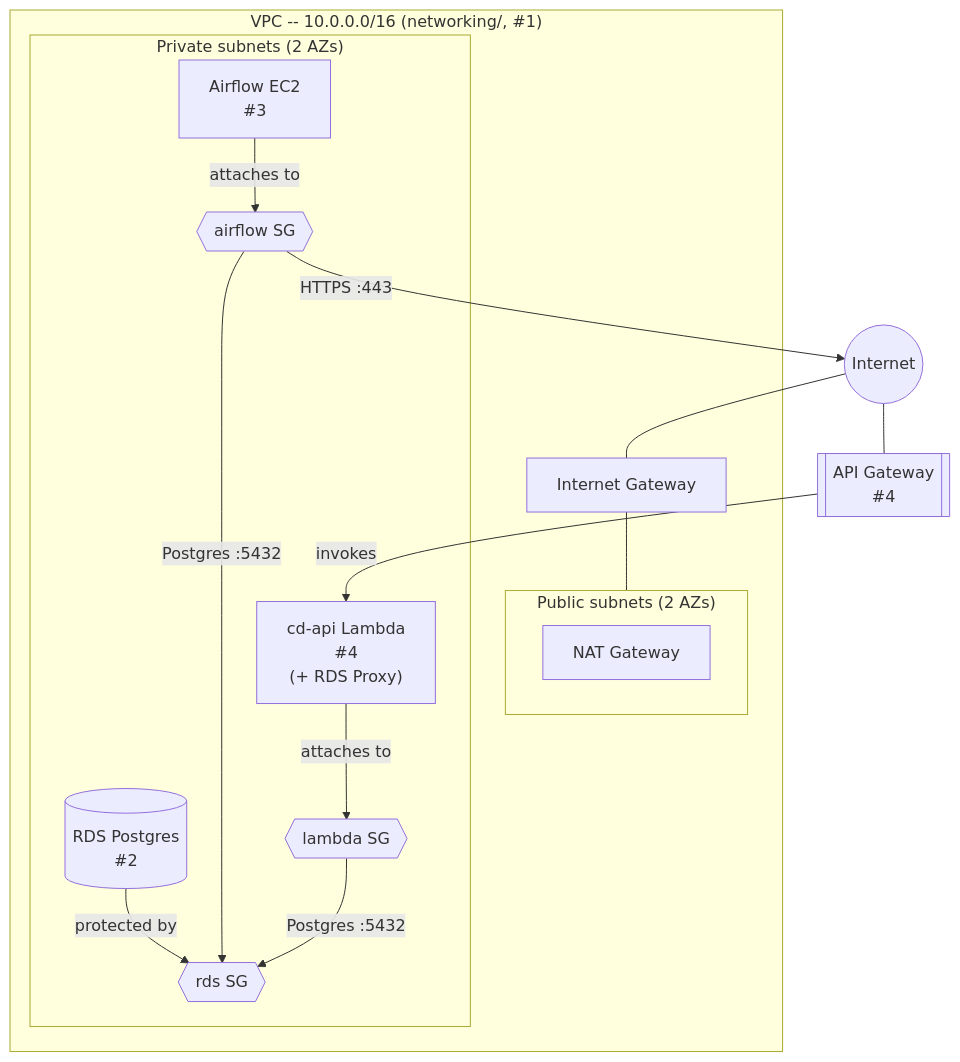
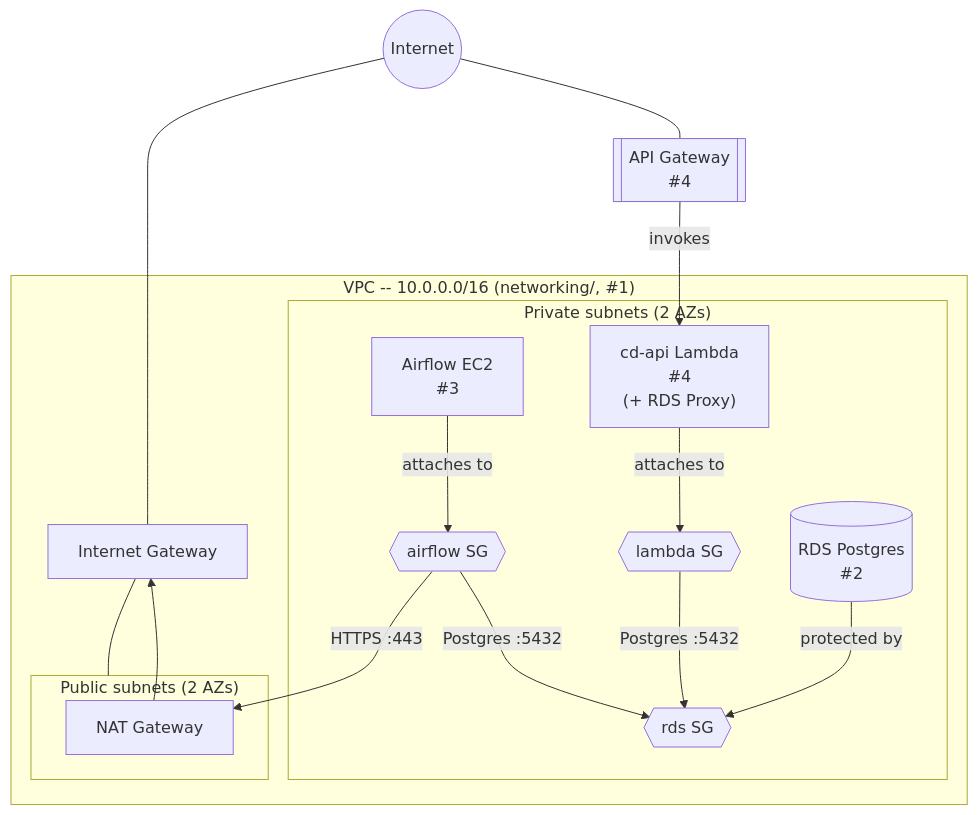
The diagram in README.md (rchacon/cd-infra), drawn with Mermaid before and after one commit.

Commit message:
Fix architecture diagram: route airflow's egress through NAT/IGW
NAT Gateway had zero edges in the diagram -- purely decorative -- and
airflow_sg's HTTPS edge went straight to the internet node, skipping
both NAT and IGW entirely. Real path is airflow_sg -> NAT Gateway
(does the actual outbound routing from a private subnet) -> Internet
Gateway (VPC boundary) -> internet; the diagram now shows that chain.

````diff
--- a/README.md
+++ b/README.md
@@ -8,35 +8,36 @@
 ```mermaid
 flowchart TB
     internet(("Internet"))
     apigw[["API Gateway<br/>#4"]]
 
     subgraph vpc["VPC -- 10.0.0.0/16 (networking/, #1)"]
         igw["Internet Gateway"]
 
         subgraph pub["Public subnets (2 AZs)"]
             nat["NAT Gateway"]
         end
 
         subgraph priv["Private subnets (2 AZs)"]
             rds_sg{{"rds SG"}}
             airflow_sg{{"airflow SG"}}
             lambda_sg{{"lambda SG"}}
             rds[("RDS Postgres<br/>#2")]
             airflow["Airflow EC2<br/>#3"]
             lambda["cd-api Lambda<br/>#4<br/>(+ RDS Proxy)"]
         end
     end
 
     internet --- igw
     igw --- pub
     internet --- apigw
     apigw -- invokes --> lambda
 
     rds -- protected by --> rds_sg
     airflow -- attaches to --> airflow_sg
     lambda -- attaches to --> lambda_sg
 
-    airflow_sg -- "HTTPS :443" --> internet
+    airflow_sg -- "HTTPS :443" --> nat
+    nat --> igw
     airflow_sg -- "Postgres :5432" --> rds_sg
     lambda_sg -- "Postgres :5432" --> rds_sg
 ```
````
